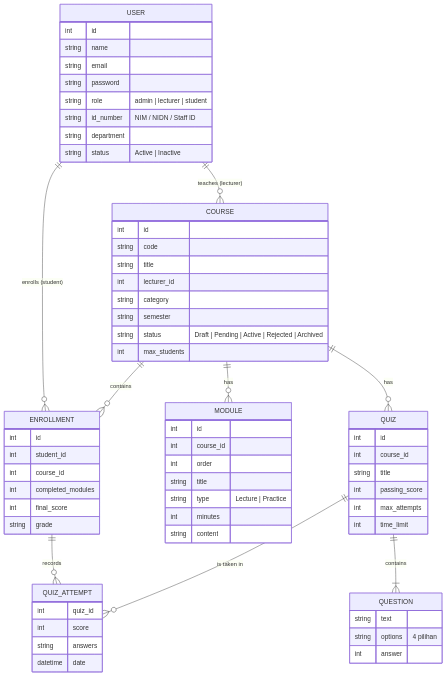
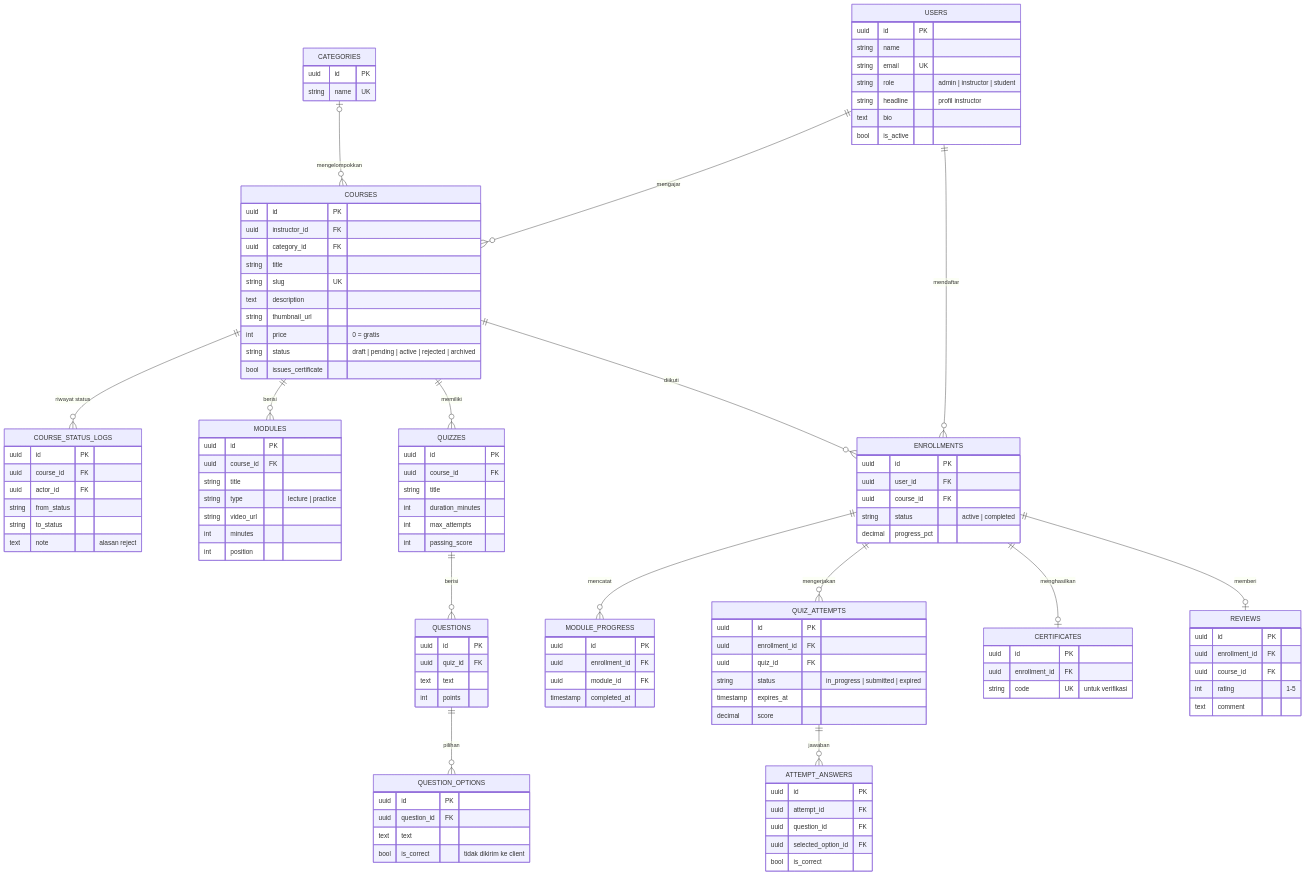
The sixth of 6 diagrams in docs/PERANCANGAN.md (whoskavic/LMS), drawn with Mermaid before and after one commit. The commit also changed other lines of this file, not shown here.

````diff
--- a/docs/PERANCANGAN.md
+++ b/docs/PERANCANGAN.md
@@ -90,74 +232,120 @@
 ```mermaid
 erDiagram
-    USER ||--o{ COURSE : "teaches (lecturer)"
-    USER ||--o{ ENROLLMENT : "enrolls (student)"
-    COURSE ||--o{ ENROLLMENT : contains
-    COURSE ||--o{ MODULE : has
-    COURSE ||--o{ QUIZ : has
-    QUIZ ||--|{ QUESTION : contains
-    ENROLLMENT ||--o{ QUIZ_ATTEMPT : records
-    QUIZ ||--o{ QUIZ_ATTEMPT : "is taken in"
+    USERS ||--o{ COURSES : "mengajar"
+    CATEGORIES |o--o{ COURSES : "mengelompokkan"
+    COURSES ||--o{ COURSE_STATUS_LOGS : "riwayat status"
+    COURSES ||--o{ MODULES : "berisi"
+    COURSES ||--o{ QUIZZES : "memiliki"
+    QUIZZES ||--o{ QUESTIONS : "berisi"
+    QUESTIONS ||--o{ QUESTION_OPTIONS : "pilihan"
+    USERS ||--o{ ENROLLMENTS : "mendaftar"
+    COURSES ||--o{ ENROLLMENTS : "diikuti"
+    ENROLLMENTS ||--o{ MODULE_PROGRESS : "mencatat"
+    ENROLLMENTS ||--o{ QUIZ_ATTEMPTS : "mengerjakan"
+    QUIZ_ATTEMPTS ||--o{ ATTEMPT_ANSWERS : "jawaban"
+    ENROLLMENTS ||--o| CERTIFICATES : "menghasilkan"
+    ENROLLMENTS ||--o| REVIEWS : "memberi"
 
-    USER {
-        int id
+    USERS {
+        uuid id PK
         string name
-        string email
-        string password
-        string role "admin | lecturer | student"
-        string id_number "NIM / NIDN / Staff ID"
-        string department
-        string status "Active | Inactive"
+        string email UK
+        string role "admin | instructor | student"
+        string headline "profil instructor"
+        text bio
+        bool is_active
     }
-
-    COURSE {
-        int id
-        string code
+    CATEGORIES {
+        uuid id PK
+        string name UK
+    }
+    COURSES {
+        uuid id PK
+        uuid instructor_id FK
+        uuid category_id FK
         string title
-        int lecturer_id
-        string category
-        string semester
-        string status "Draft | Pending | Active | Rejected | Archived"
-        int max_students
+        string slug UK
+        text description
+        string thumbnail_url
+        int price "0 = gratis"
+        string status "draft | pending | active | rejected | archived"
+        bool issues_certificate
     }
-
-    MODULE {
-        int id
-        int course_id
-        int order
+    COURSE_STATUS_LOGS {
+        uuid id PK
+        uuid course_id FK
+        uuid actor_id FK
+        string from_status
+        string to_status
+        text note "alasan reject"
+    }
+    MODULES {
+        uuid id PK
+        uuid course_id FK
         string title
-        string type "Lecture | Practice"
+        string type "lecture | practice"
+        string video_url
         int minutes
-        string content
+        int position
     }
-
-    QUIZ {
-        int id
-        int course_id
+    QUIZZES {
+        uuid id PK
+        uuid course_id FK
         string title
+        int duration_minutes
+        int max_attempts
         int passing_score
-        int max_attempts
-        int time_limit
     }
-
-    QUESTION {
-        string text
-        string options "4 pilihan"
-        int answer
+    QUESTIONS {
+        uuid id PK
+        uuid quiz_id FK
+        text text
+        int points
     }
-
-    ENROLLMENT {
-        int id
-        int student_id
-        int course_id
-        int completed_modules
-        int final_score
-        string grade
+    QUESTION_OPTIONS {
+        uuid id PK
+        uuid question_id FK
+        text text
+        bool is_correct "tidak dikirim ke client"
     }
-
-    QUIZ_ATTEMPT {
-        int quiz_id
-        int score
-        string answers
-        datetime date
+    ENROLLMENTS {
+        uuid id PK
+        uuid user_id FK
+        uuid course_id FK
+        string status "active | completed"
+        decimal progress_pct
+    }
+    MODULE_PROGRESS {
+        uuid id PK
+        uuid enrollment_id FK
+        uuid module_id FK
+        timestamp completed_at
+    }
+    QUIZ_ATTEMPTS {
+        uuid id PK
+        uuid enrollment_id FK
+        uuid quiz_id FK
+        string status "in_progress | submitted | expired"
+        timestamp expires_at
+        decimal score
+    }
+    ATTEMPT_ANSWERS {
+        uuid id PK
+        uuid attempt_id FK
+        uuid question_id FK
+        uuid selected_option_id FK
+        bool is_correct
+    }
+    CERTIFICATES {
+        uuid id PK
+        uuid enrollment_id FK
+        string code UK "untuk verifikasi"
+    }
+    REVIEWS {
+        uuid id PK
+        uuid enrollment_id FK
+        uuid course_id FK
+        int rating "1-5"
+        text comment
     }
 ```
````
